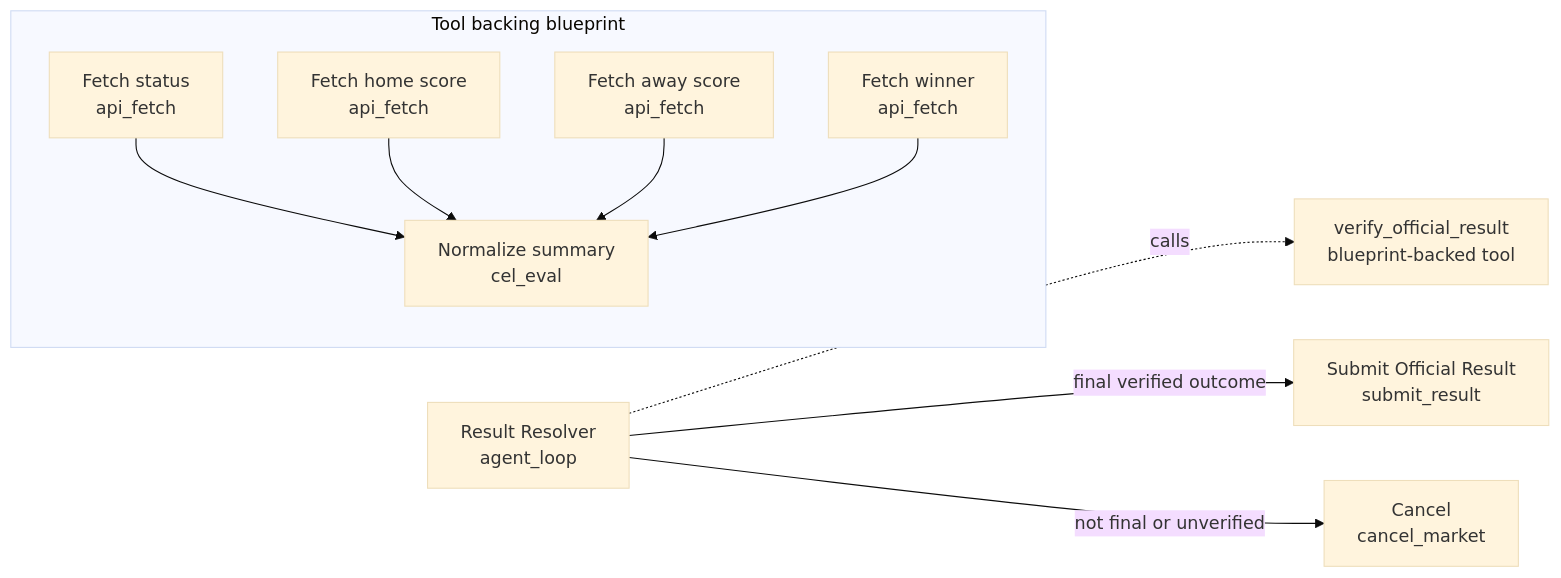
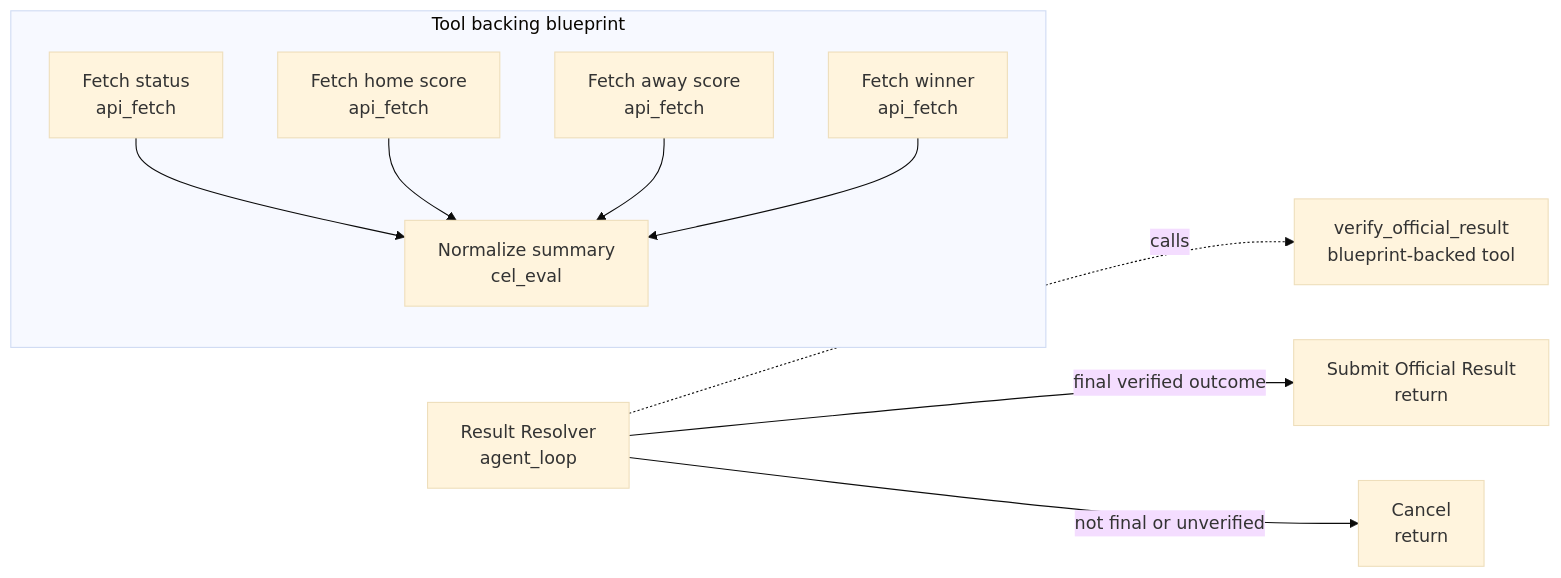
Before and after one commit to qmrkt/resolution-engine: the diagram in docs/examples/verify-official-result/README.md, drawn with Mermaid (base theme). The commit also changed 86 other files, not shown here.

````diff
--- a/docs/examples/verify-official-result/README.md
+++ b/docs/examples/verify-official-result/README.md
@@ -26,24 +26,24 @@
 ```mermaid
 flowchart LR
   resolver["Result Resolver<br/>agent_loop"]
   tool["verify_official_result<br/>blueprint-backed tool"]
-  submit["Submit Official Result<br/>submit_result"]
-  cancel["Cancel<br/>cancel_market"]
+  submit["Submit Official Result<br/>return"]
+  cancel["Cancel<br/>return"]
 
   resolver -. "calls" .-> tool
   resolver -->|"final verified outcome"| submit
   resolver -->|"not final or unverified"| cancel
 
   subgraph toolBlueprint["Tool backing blueprint"]
     status["Fetch status<br/>api_fetch"]
     home["Fetch home score<br/>api_fetch"]
     away["Fetch away score<br/>api_fetch"]
     winner["Fetch winner<br/>api_fetch"]
     summary["Normalize summary<br/>cel_eval"]
 
     status --> summary
     home --> summary
     away --> summary
     winner --> summary
   end
 ```
````
